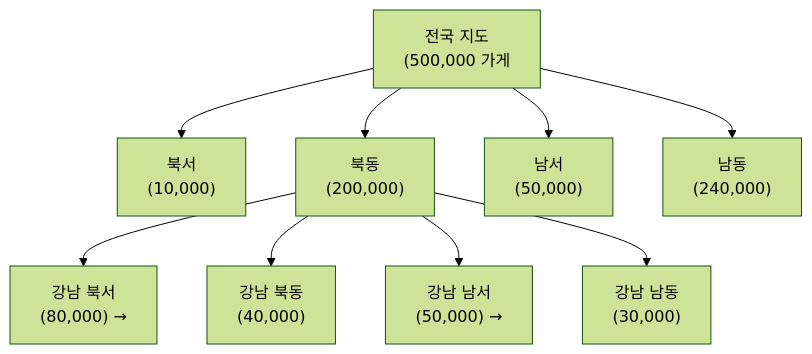
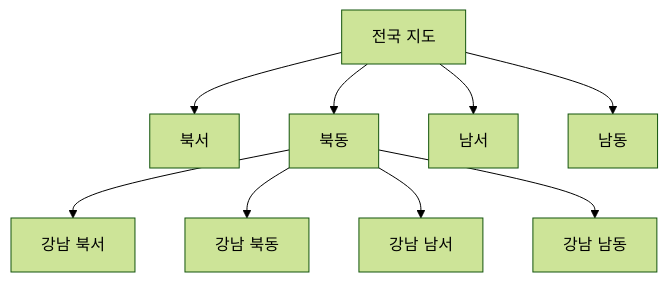
The third of 9 diagrams in _posts/systemdesign/2026-05-03-system-design-location.md (yjkim2015/yjkim2015.github.io), drawn with Mermaid (forest theme) before and after one commit. The commit also changed other lines of this file and 217 other files, not shown here.

First line of the commit message:
Mermaid 크기 수정: useMaxWidth:true + SVG max-width:100% + 라벨 축소

````diff
--- a/_posts/systemdesign/2026-05-03-system-design-location.md
+++ b/_posts/systemdesign/2026-05-03-system-design-location.md
@@ -199,12 +199,12 @@
 ```mermaid
 graph TD
-    Root["전국 지도\n(500,000 가게"]
-    Root --> NW["북서\n(10,000)"]
-    Root --> NE["북동\n(200,000)"]
-    Root --> SW["남서\n(50,000)"]
-    Root --> SE["남동\n(240,000)"]
-    NE --> NE_NW["강남 북서\n(80,000) →"]
-    NE --> NE_NE["강남 북동\n(40,000)"]
-    NE --> NE_SW["강남 남서\n(50,000) →"]
-    NE --> NE_SE["강남 남동\n(30,000)"]
+    Root["전국 지도"]
+    Root --> NW["북서"]
+    Root --> NE["북동"]
+    Root --> SW["남서"]
+    Root --> SE["남동"]
+    NE --> NE_NW["강남 북서"]
+    NE --> NE_NE["강남 북동"]
+    NE --> NE_SW["강남 남서"]
+    NE --> NE_SE["강남 남동"]
 ```
````
